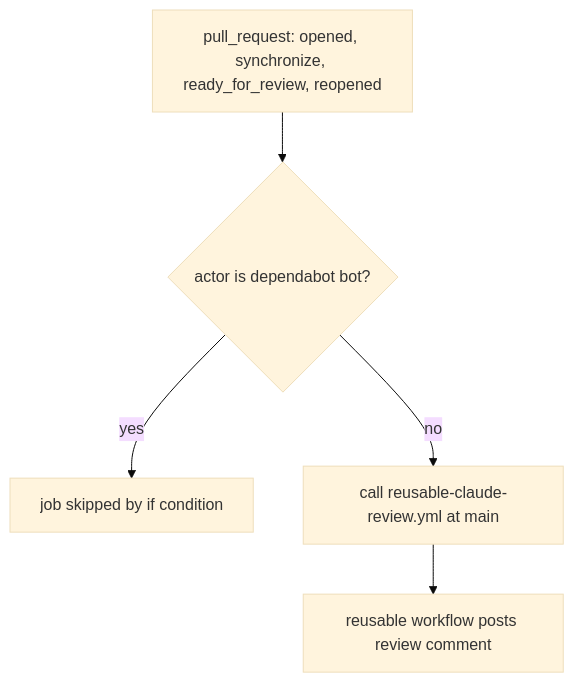
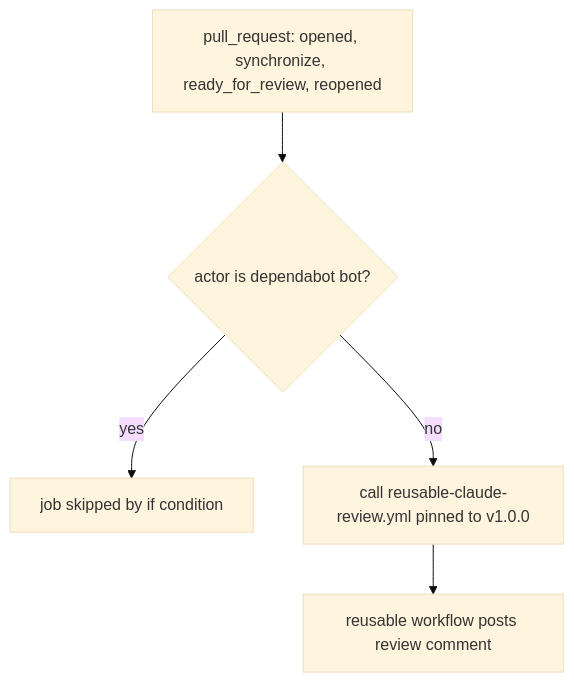
The diagram in openwiki/operations/claude-review-workflow.md (psd401/claude-auto-approve), drawn with Mermaid (base theme) before and after one commit. The commit also changed other lines of this file and 8 other files, not shown here.

````diff
--- a/openwiki/operations/claude-review-workflow.md
+++ b/openwiki/operations/claude-review-workflow.md
@@ -33,7 +33,7 @@
 ```mermaid
 flowchart TD
   A["pull_request: opened, synchronize, ready_for_review, reopened"] --> B{"actor is dependabot bot?"}
   B -- yes --> C["job skipped by if condition"]
-  B -- no --> D["call reusable-claude-review.yml at main"]
+  B -- no --> D["call reusable-claude-review.yml pinned to v1.0.0"]
   D --> E["reusable workflow posts review comment"]
 ```
````
